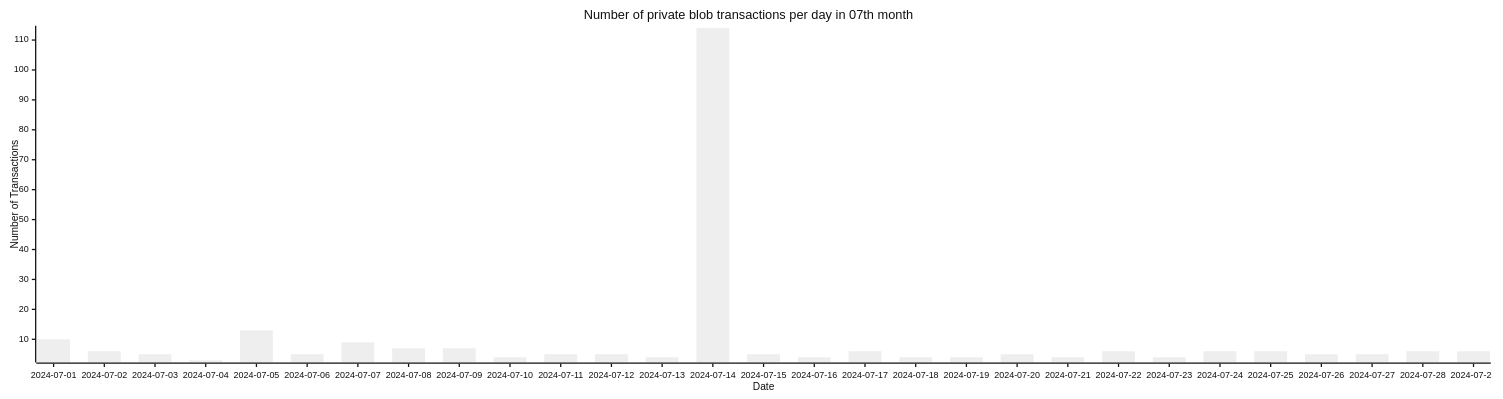
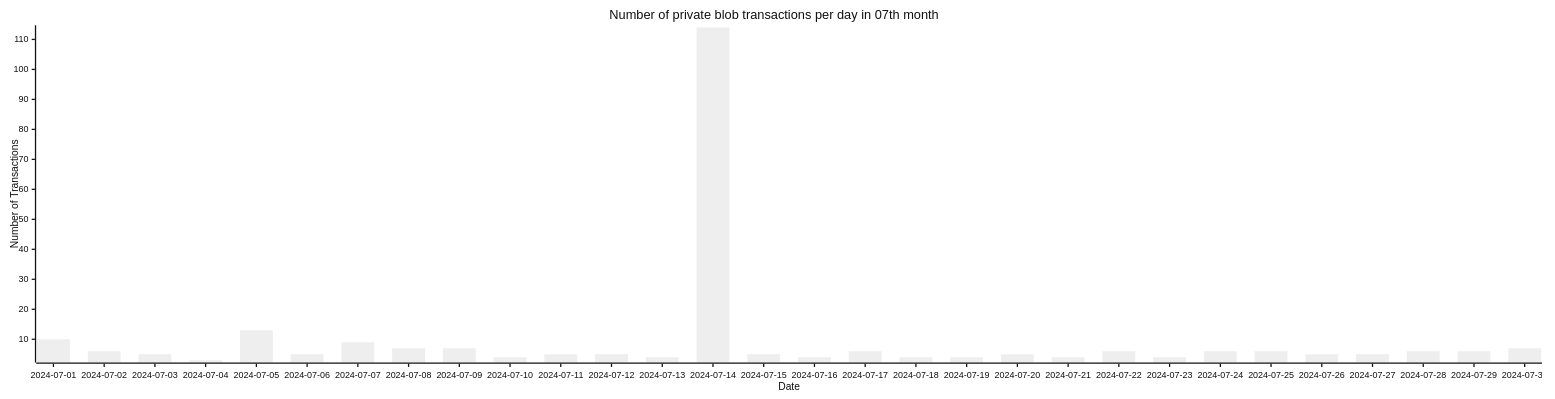
Before and after one commit to Amit0617/eip4844-data: the fifth of 5 diagrams in README.md, drawn with Mermaid (neutral theme). The commit also changed 1 other file, not shown here.

````diff
--- a/README.md
+++ b/README.md
@@ -53,12 +53,12 @@
 ```mermaid
 ---
 config:
     xyChart:
-        width: 2320
+        width: 2400
         height: 600
 ---
 xychart-beta title "Number of private blob transactions per day in 07th month"
-x-axis "Date" [2024-07-01,2024-07-02,2024-07-03,2024-07-04,2024-07-05,2024-07-06,2024-07-07,2024-07-08,2024-07-09,2024-07-10,2024-07-11,2024-07-12,2024-07-13,2024-07-14,2024-07-15,2024-07-16,2024-07-17,2024-07-18,2024-07-19,2024-07-20,2024-07-21,2024-07-22,2024-07-23,2024-07-24,2024-07-25,2024-07-26,2024-07-27,2024-07-28,2024-07-29]
+x-axis "Date" [2024-07-01,2024-07-02,2024-07-03,2024-07-04,2024-07-05,2024-07-06,2024-07-07,2024-07-08,2024-07-09,2024-07-10,2024-07-11,2024-07-12,2024-07-13,2024-07-14,2024-07-15,2024-07-16,2024-07-17,2024-07-18,2024-07-19,2024-07-20,2024-07-21,2024-07-22,2024-07-23,2024-07-24,2024-07-25,2024-07-26,2024-07-27,2024-07-28,2024-07-29,2024-07-30]
 y-axis "Number of Transactions"
-bar[10,6,5,3,13,5,9,7,7,4,5,5,4,114,5,4,6,4,4,5,4,6,4,6,6,5,5,6,6]
+bar[10,6,5,3,13,5,9,7,7,4,5,5,4,114,5,4,6,4,4,5,4,6,4,6,6,5,5,6,6,7]
 ```
````
